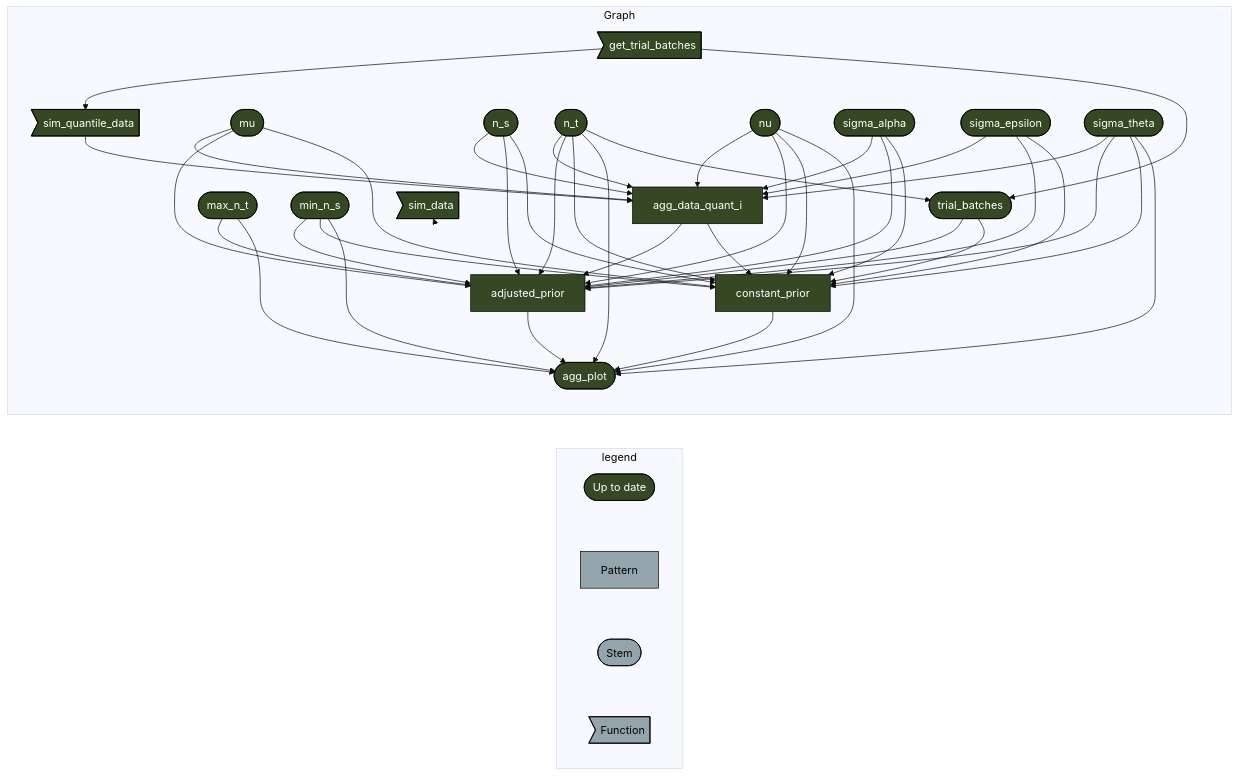
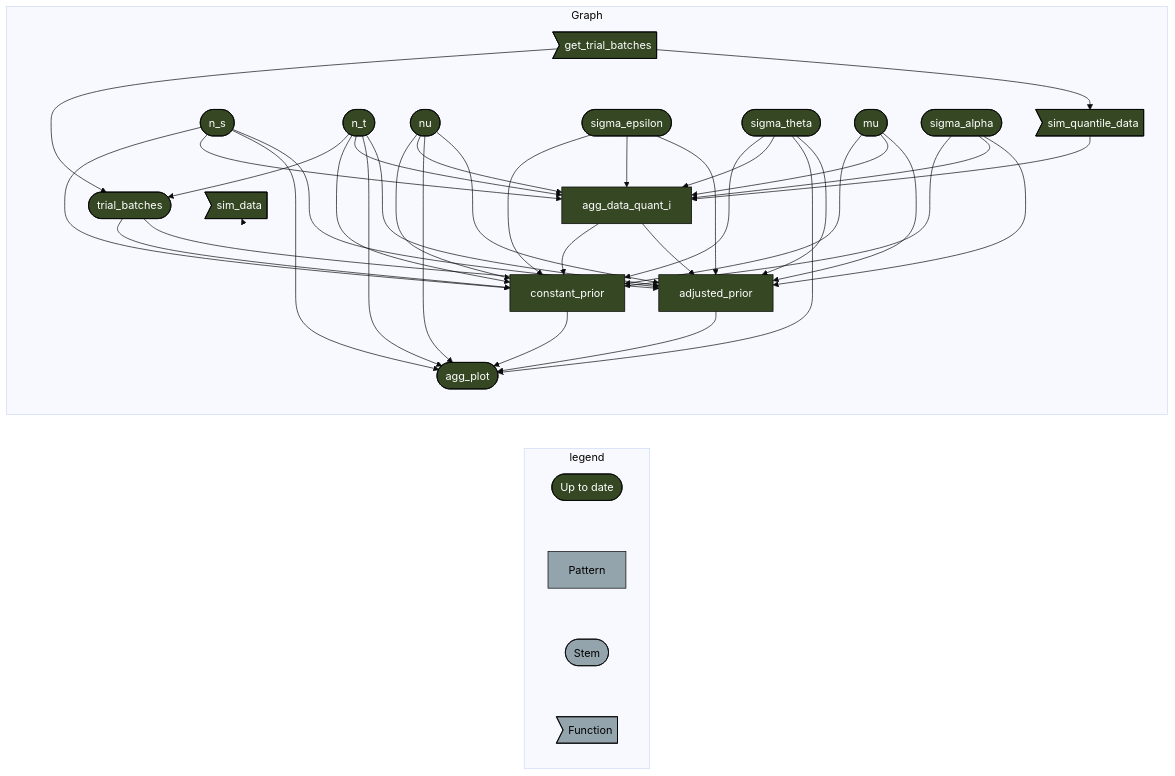
One commit to crsh/bf-defprit changed the first of 3 diagrams in README.md. Above: the diagram before and after it, drawn with Mermaid (base theme). The commit also changed other lines of this file and 57 other files, not shown here.

````diff
--- a/README.md
+++ b/README.md
@@ -41,56 +41,52 @@
 ``` mermaid
 graph LR
   subgraph legend
     x7420bd9270f8d27d([""Up to date""]):::uptodate --- x70a5fa6bea6f298d[""Pattern""]:::none
     x70a5fa6bea6f298d[""Pattern""]:::none --- xbf4603d6c2c2ad6b([""Stem""]):::none
     xbf4603d6c2c2ad6b([""Stem""]):::none --- xf0bce276fe2b9d3e>""Function""]:::none
   end
   subgraph Graph
     x1771563b5781393f>"get_trial_batches"]:::uptodate --> x8a751a0886aa2602>"sim_quantile_data"]:::uptodate
+    xc85e4fa463404428["agg_data_quant_i"]:::uptodate --> xcb91d1ebc306c972["adjusted_prior"]:::uptodate
+    xeaf79493baa34293(["n_s"]):::uptodate --> xcb91d1ebc306c972["adjusted_prior"]:::uptodate
+    x4ee98ffbc71ab023(["n_t"]):::uptodate --> xcb91d1ebc306c972["adjusted_prior"]:::uptodate
+    xcfeaac96e46ae15c(["nu"]):::uptodate --> xcb91d1ebc306c972["adjusted_prior"]:::uptodate
+    xba2e1f1771eddea4(["sigma_epsilon"]):::uptodate --> xcb91d1ebc306c972["adjusted_prior"]:::uptodate
+    x738f2179468d4542(["sigma_theta"]):::uptodate --> xcb91d1ebc306c972["adjusted_prior"]:::uptodate
+    xcff8cdcbc9dca5a6(["trial_batches"]):::uptodate --> xcb91d1ebc306c972["adjusted_prior"]:::uptodate
+    x8ecaf1a2a7523541(["mu"]):::uptodate --> xcb91d1ebc306c972["adjusted_prior"]:::uptodate
+    x05371c389fb4518e(["sigma_alpha"]):::uptodate --> xcb91d1ebc306c972["adjusted_prior"]:::uptodate
+    xcb91d1ebc306c972["adjusted_prior"]:::uptodate --> x90a3dd67ac8c7d0c(["agg_plot"]):::uptodate
+    x9b971e52861a8a7e["constant_prior"]:::uptodate --> x90a3dd67ac8c7d0c(["agg_plot"]):::uptodate
+    xeaf79493baa34293(["n_s"]):::uptodate --> x90a3dd67ac8c7d0c(["agg_plot"]):::uptodate
+    x4ee98ffbc71ab023(["n_t"]):::uptodate --> x90a3dd67ac8c7d0c(["agg_plot"]):::uptodate
+    xcfeaac96e46ae15c(["nu"]):::uptodate --> x90a3dd67ac8c7d0c(["agg_plot"]):::uptodate
+    x738f2179468d4542(["sigma_theta"]):::uptodate --> x90a3dd67ac8c7d0c(["agg_plot"]):::uptodate
     x8ecaf1a2a7523541(["mu"]):::uptodate --> xc85e4fa463404428["agg_data_quant_i"]:::uptodate
     xeaf79493baa34293(["n_s"]):::uptodate --> xc85e4fa463404428["agg_data_quant_i"]:::uptodate
     x4ee98ffbc71ab023(["n_t"]):::uptodate --> xc85e4fa463404428["agg_data_quant_i"]:::uptodate
     xcfeaac96e46ae15c(["nu"]):::uptodate --> xc85e4fa463404428["agg_data_quant_i"]:::uptodate
     x05371c389fb4518e(["sigma_alpha"]):::uptodate --> xc85e4fa463404428["agg_data_quant_i"]:::uptodate
     xba2e1f1771eddea4(["sigma_epsilon"]):::uptodate --> xc85e4fa463404428["agg_data_quant_i"]:::uptodate
     x738f2179468d4542(["sigma_theta"]):::uptodate --> xc85e4fa463404428["agg_data_quant_i"]:::uptodate
     x8a751a0886aa2602>"sim_quantile_data"]:::uptodate --> xc85e4fa463404428["agg_data_quant_i"]:::uptodate
-    xc85e4fa463404428["agg_data_quant_i"]:::uptodate --> xcb91d1ebc306c972["adjusted_prior"]:::uptodate
-    x87c5d2c5d660b8d8(["max_n_t"]):::uptodate --> xcb91d1ebc306c972["adjusted_prior"]:::uptodate
-    xc00972da323753cf(["min_n_s"]):::uptodate --> xcb91d1ebc306c972["adjusted_prior"]:::uptodate
-    xcfeaac96e46ae15c(["nu"]):::uptodate --> xcb91d1ebc306c972["adjusted_prior"]:::uptodate
-    xba2e1f1771eddea4(["sigma_epsilon"]):::uptodate --> xcb91d1ebc306c972["adjusted_prior"]:::uptodate
-    x738f2179468d4542(["sigma_theta"]):::uptodate --> xcb91d1ebc306c972["adjusted_prior"]:::uptodate
-    xcff8cdcbc9dca5a6(["trial_batches"]):::uptodate --> xcb91d1ebc306c972["adjusted_prior"]:::uptodate
-    xeaf79493baa34293(["n_s"]):::uptodate --> xcb91d1ebc306c972["adjusted_prior"]:::uptodate
-    x4ee98ffbc71ab023(["n_t"]):::uptodate --> xcb91d1ebc306c972["adjusted_prior"]:::uptodate
-    x8ecaf1a2a7523541(["mu"]):::uptodate --> xcb91d1ebc306c972["adjusted_prior"]:::uptodate
-    x05371c389fb4518e(["sigma_alpha"]):::uptodate --> xcb91d1ebc306c972["adjusted_prior"]:::uptodate
     xc85e4fa463404428["agg_data_quant_i"]:::uptodate --> x9b971e52861a8a7e["constant_prior"]:::uptodate
-    xc00972da323753cf(["min_n_s"]):::uptodate --> x9b971e52861a8a7e["constant_prior"]:::uptodate
+    xeaf79493baa34293(["n_s"]):::uptodate --> x9b971e52861a8a7e["constant_prior"]:::uptodate
     xcfeaac96e46ae15c(["nu"]):::uptodate --> x9b971e52861a8a7e["constant_prior"]:::uptodate
     xba2e1f1771eddea4(["sigma_epsilon"]):::uptodate --> x9b971e52861a8a7e["constant_prior"]:::uptodate
     x738f2179468d4542(["sigma_theta"]):::uptodate --> x9b971e52861a8a7e["constant_prior"]:::uptodate
     xcff8cdcbc9dca5a6(["trial_batches"]):::uptodate --> x9b971e52861a8a7e["constant_prior"]:::uptodate
-    xeaf79493baa34293(["n_s"]):::uptodate --> x9b971e52861a8a7e["constant_prior"]:::uptodate
     x4ee98ffbc71ab023(["n_t"]):::uptodate --> x9b971e52861a8a7e["constant_prior"]:::uptodate
     x8ecaf1a2a7523541(["mu"]):::uptodate --> x9b971e52861a8a7e["constant_prior"]:::uptodate
     x05371c389fb4518e(["sigma_alpha"]):::uptodate --> x9b971e52861a8a7e["constant_prior"]:::uptodate
-    xcb91d1ebc306c972["adjusted_prior"]:::uptodate --> x90a3dd67ac8c7d0c(["agg_plot"]):::uptodate
-    x9b971e52861a8a7e["constant_prior"]:::uptodate --> x90a3dd67ac8c7d0c(["agg_plot"]):::uptodate
-    x87c5d2c5d660b8d8(["max_n_t"]):::uptodate --> x90a3dd67ac8c7d0c(["agg_plot"]):::uptodate
-    xc00972da323753cf(["min_n_s"]):::uptodate --> x90a3dd67ac8c7d0c(["agg_plot"]):::uptodate
-    x4ee98ffbc71ab023(["n_t"]):::uptodate --> x90a3dd67ac8c7d0c(["agg_plot"]):::uptodate
-    xcfeaac96e46ae15c(["nu"]):::uptodate --> x90a3dd67ac8c7d0c(["agg_plot"]):::uptodate
-    x738f2179468d4542(["sigma_theta"]):::uptodate --> x90a3dd67ac8c7d0c(["agg_plot"]):::uptodate
     x1771563b5781393f>"get_trial_batches"]:::uptodate --> xcff8cdcbc9dca5a6(["trial_batches"]):::uptodate
     x4ee98ffbc71ab023(["n_t"]):::uptodate --> xcff8cdcbc9dca5a6(["trial_batches"]):::uptodate
     x8c8574439c0fb002>"sim_data"]:::uptodate --> x8c8574439c0fb002>"sim_data"]:::uptodate
   end
   classDef uptodate stroke:#000000,color:#ffffff,fill:#354823;
   classDef none stroke:#000000,color:#000000,fill:#94a4ac;
   linkStyle 0 stroke-width:0px;
   linkStyle 1 stroke-width:0px;
   linkStyle 2 stroke-width:0px;
-  linkStyle 42 stroke-width:0px;
+  linkStyle 38 stroke-width:0px;
 ```
````
